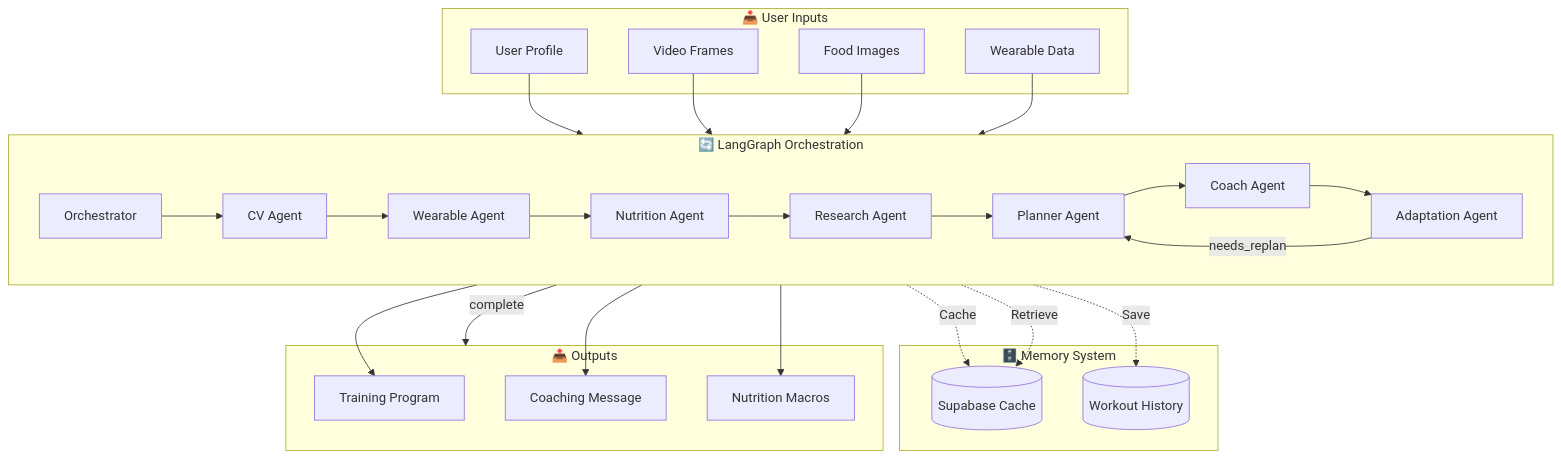
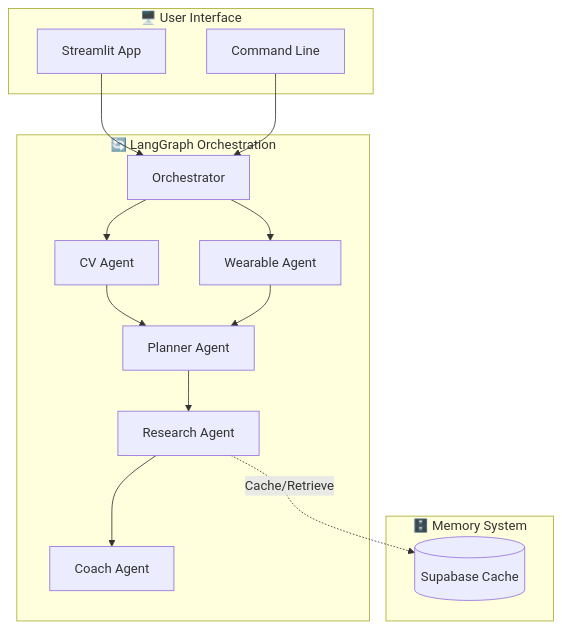
One commit to pankajshakya627/AthletixAI changed the diagram in README.md. Above: the diagram before and after it, drawn with Mermaid. The commit also changed other lines of this file and 3 other files, not shown here.

````diff
--- a/README.md
+++ b/README.md
@@ -47,48 +47,26 @@
 ```mermaid
 flowchart TB
-    subgraph Input["📥 User Inputs"]
-        UP[User Profile]
-        VF[Video Frames]
-        FI[Food Images]
-        WD[Wearable Data]
+    subgraph UI["🖥️ User Interface"]
+        ST[Streamlit App]
+        CLI[Command Line]
     end
 
     subgraph Orchestration["🔄 LangGraph Orchestration"]
-        direction LR
         ORC[Orchestrator]
         CV[CV Agent]
         WA[Wearable Agent]
-        NA[Nutrition Agent]
+        PA[Planner Agent]
         RA[Research Agent]
-        PA[Planner Agent]
         CA[Coach Agent]
-        AA[Adaptation Agent]
     end
 
     subgraph Memory["🗄️ Memory System"]
         CACHE[(Supabase Cache)]
-        HIST[(Workout History)]
     end
 
-    subgraph Output["📤 Outputs"]
-        TP[Training Program]
-        CM[Coaching Message]
-        NM[Nutrition Macros]
-    end
-
-    UP --> ORC
-    VF --> CV
-    FI --> NA
-    WD --> WA
-
-    ORC --> CV --> WA --> NA --> RA --> PA --> CA --> AA
-    RA -.->|Cache| CACHE
-    RA -.->|Retrieve| CACHE
-    PA -.->|Save| HIST
-    AA -->|needs_replan| PA
-    AA -->|complete| Output
-
-    PA --> TP
-    CA --> CM
-    NA --> NM
+    ST & CLI --> ORC
+    ORC --> CV & WA --> PA
+    PA --> RA
+    RA --> CA
+    RA -.->|Cache/Retrieve| CACHE
 ```
````
